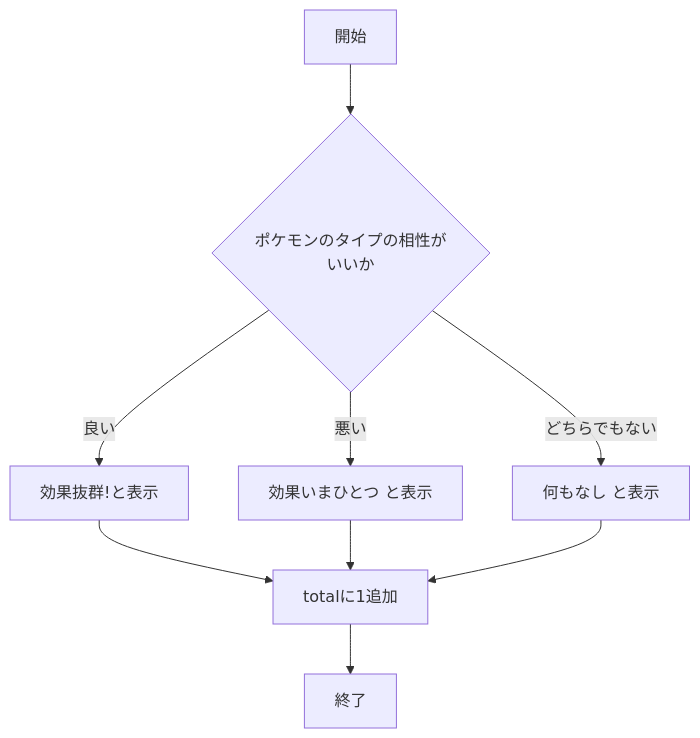
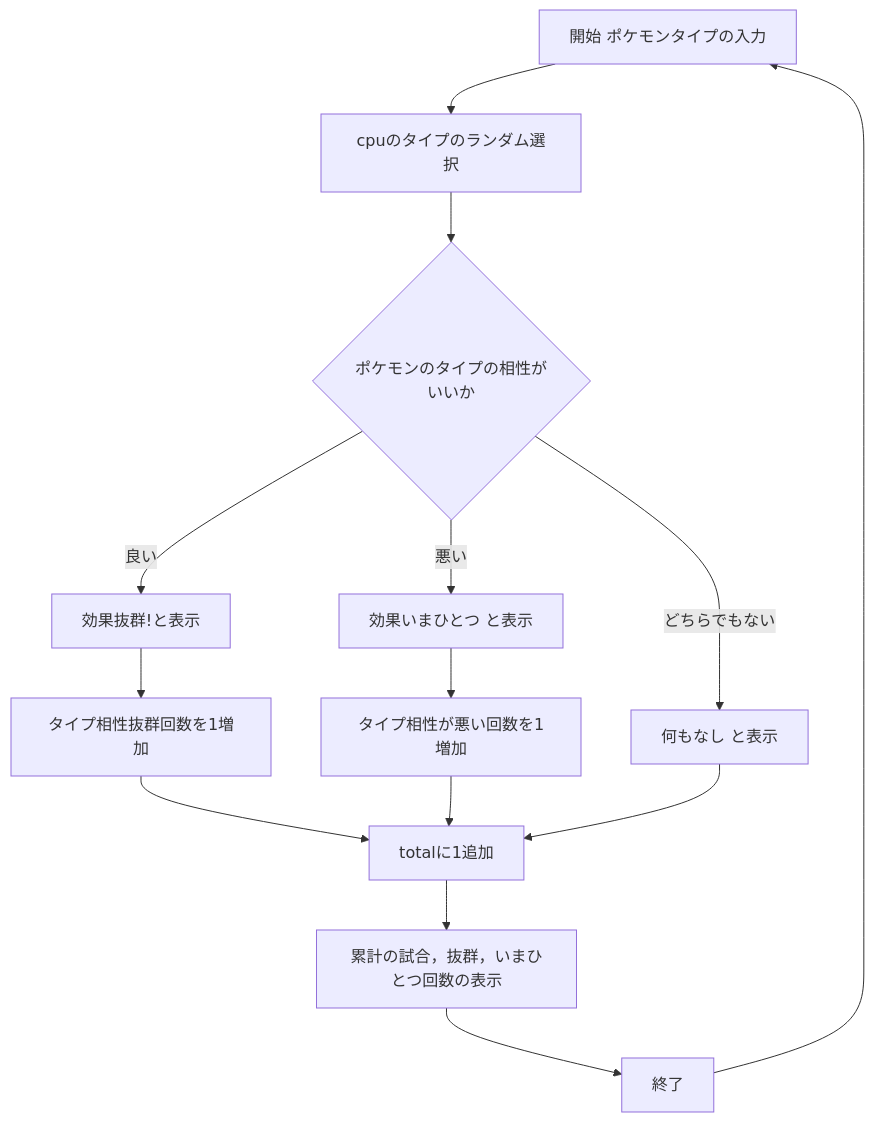
The second of 3 diagrams in README.md (YukiYamaguchi-328/webpro_06), drawn with Mermaid before and after one commit. The commit also changed other lines of this file, not shown here.

````diff
--- a/README.md
+++ b/README.md
@@ -87,20 +100,29 @@
 ```mermaid
 flowchart TD;
 
-start["開始"];
+start["開始 ポケモンタイプの入力"];
 end1["終了"]
 if{"ポケモンのタイプの相性がいいか"}
 batugun["効果抜群!と表示"]
 imahitotu["効果いまひとつ と表示"]
 no["何もなし と表示"]
 total["totalに1追加"]
+cpu["cpuのタイプのランダム選択"]
+batugun+["タイプ相性抜群回数を1増加"]
+imahitotu+["タイプ相性が悪い回数を1増加"]
+kekka["累計の試合，抜群，いまひとつ回数の表示"]
 
-start --> if
+start --> cpu
+cpu --> if
 if -->|良い| batugun
-batugun --> total
+batugun --> batugun+
+batugun+ --> total
 if -->|悪い| imahitotu
-imahitotu --> total
+imahitotu --> imahitotu+
+imahitotu+ --> total
 if --> |どちらでもない|no
 no --> total
-total --> end1
+total --> kekka
+kekka --> end1
+end1-->start
 ```
````
